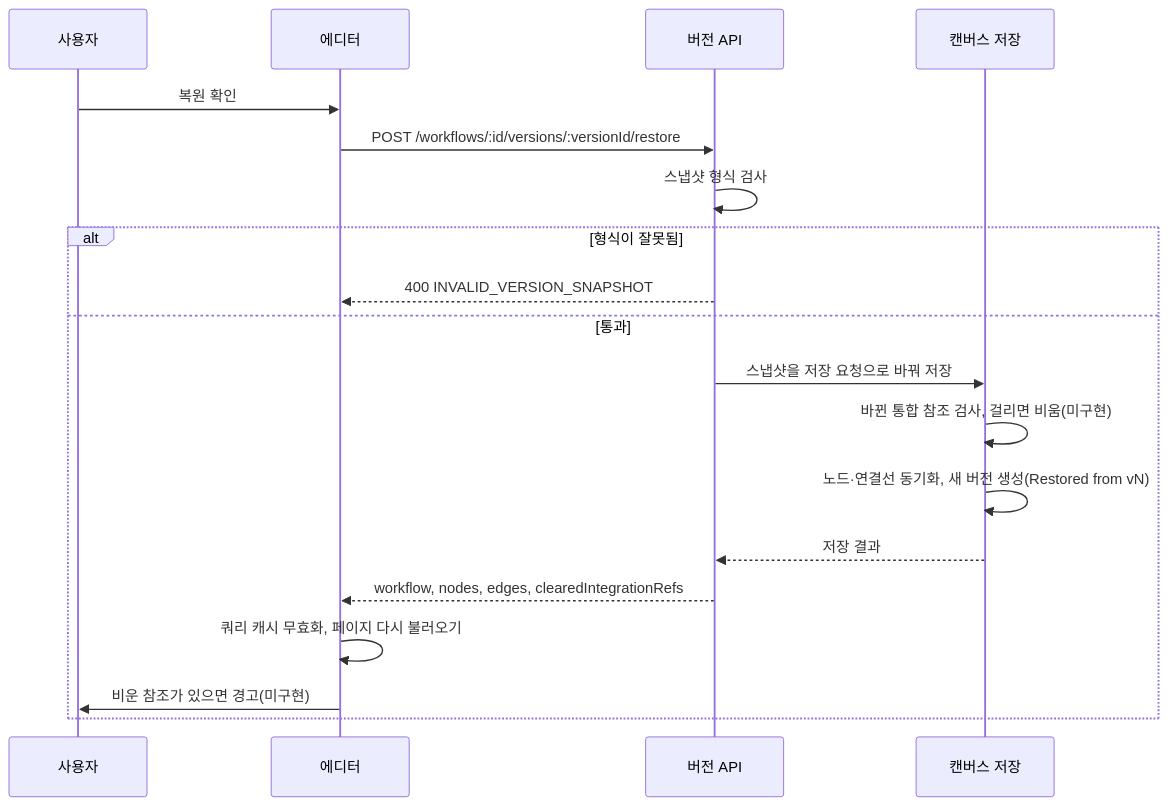
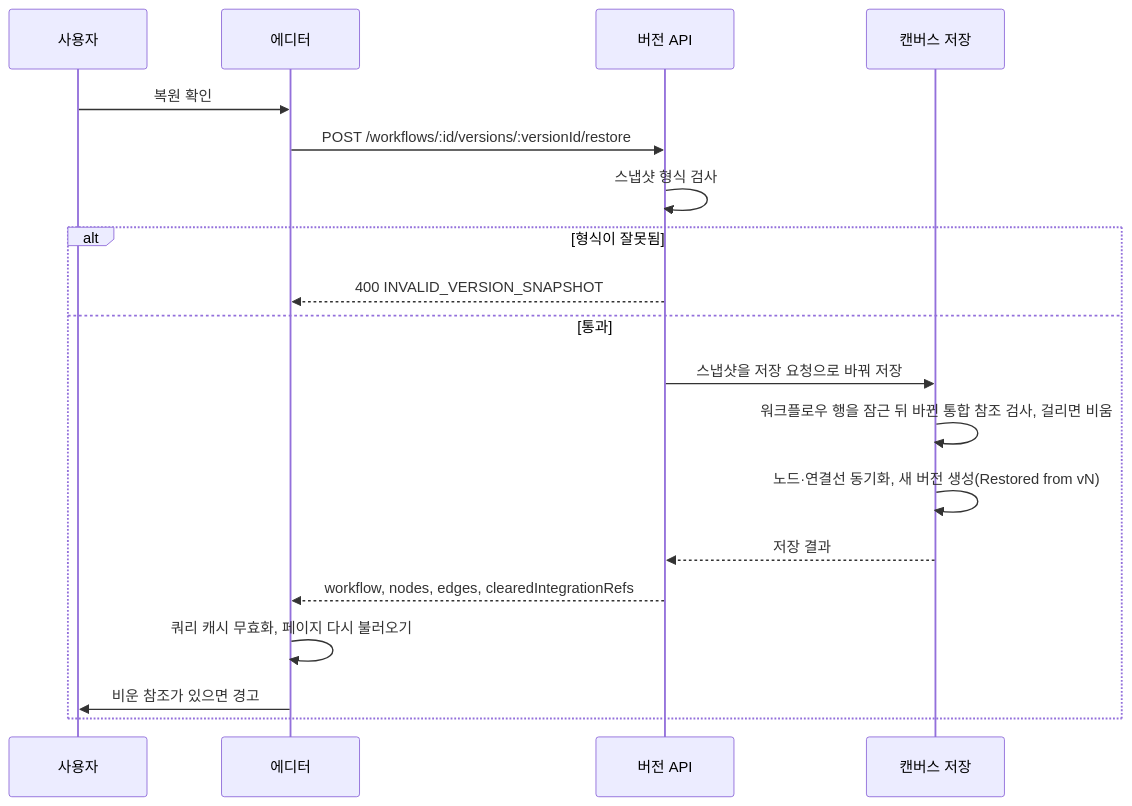
The diagram in spec/CLE-WF/CLE-WF-VERSION.md (worker-ants/clemvion), drawn with Mermaid before and after one commit. The commit also changed other lines of this file and 20 other files, not shown here.

````diff
--- a/spec/CLE-WF/CLE-WF-VERSION.md
+++ b/spec/CLE-WF/CLE-WF-VERSION.md
@@ -115,21 +115,21 @@
 ```mermaid
 sequenceDiagram
   participant U as 사용자
   participant FE as 에디터
   participant API as 버전 API
   participant SC as 캔버스 저장
   U->>FE: 복원 확인
   FE->>API: POST /workflows/:id/versions/:versionId/restore
   API->>API: 스냅샷 형식 검사
   alt 형식이 잘못됨
     API-->>FE: 400 INVALID_VERSION_SNAPSHOT
   else 통과
     API->>SC: 스냅샷을 저장 요청으로 바꿔 저장
-    SC->>SC: 바뀐 통합 참조 검사, 걸리면 비움(미구현)
+    SC->>SC: 워크플로우 행을 잠근 뒤 바뀐 통합 참조 검사, 걸리면 비움
     SC->>SC: 노드·연결선 동기화, 새 버전 생성(Restored from vN)
     SC-->>API: 저장 결과
     API-->>FE: workflow, nodes, edges, clearedIntegrationRefs
     FE->>FE: 쿼리 캐시 무효화, 페이지 다시 불러오기
-    FE->>U: 비운 참조가 있으면 경고(미구현)
+    FE->>U: 비운 참조가 있으면 경고
   end
 ```
````
